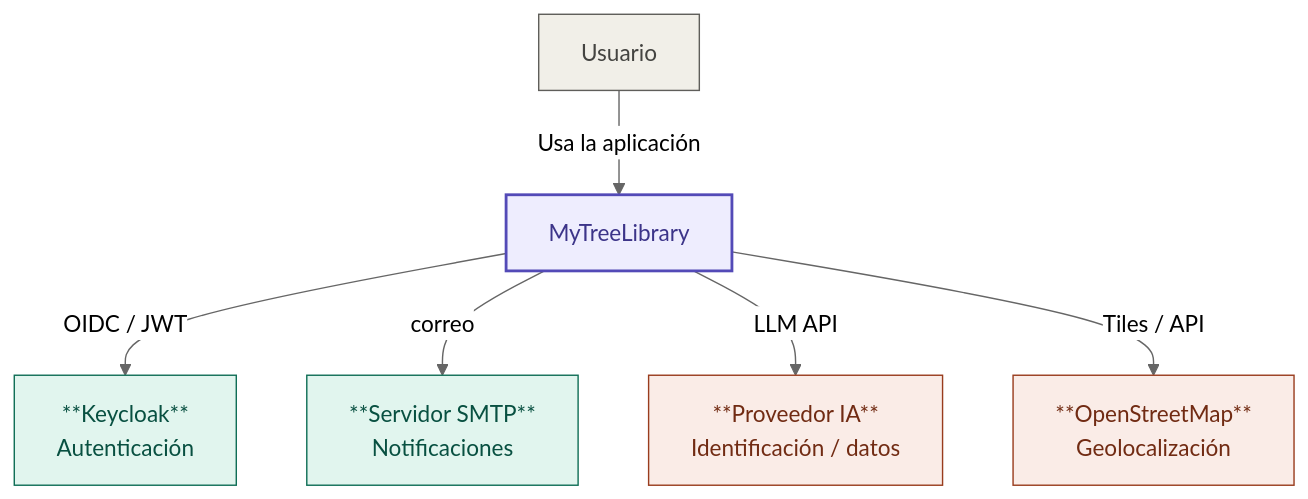
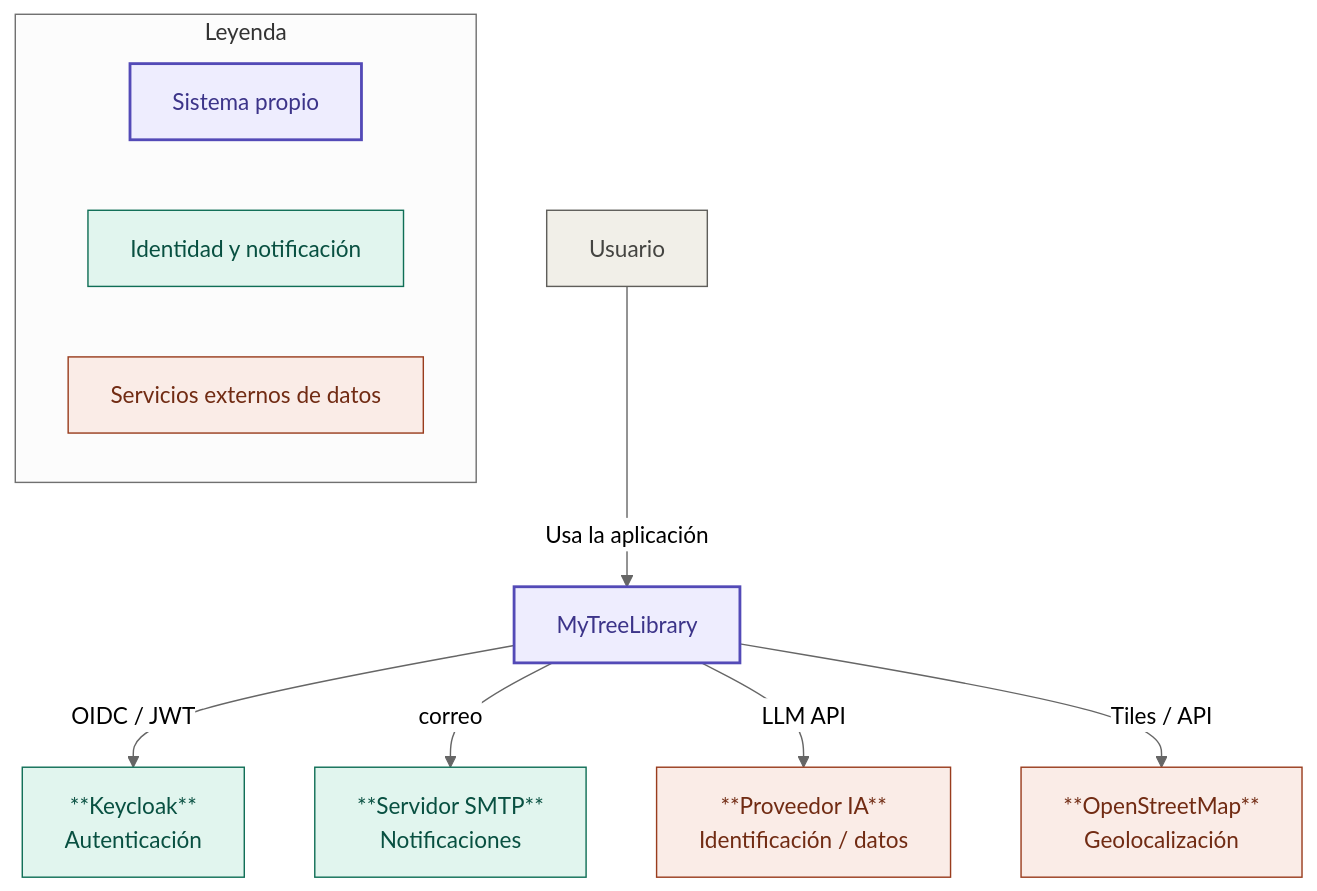
Before and after one commit to LIDR-academy/AI4Devs-finalproject: the first of 18 diagrams in readme.md, drawn with Mermaid (neutral theme). The commit also changed other lines of this file, not shown here.

Commit message:
Actualización estilos diagrama C1

````diff
--- a/readme.md
+++ b/readme.md
@@ -79,26 +79,36 @@
 ```mermaid
 flowchart TB
   U[Usuario]
   S[MyTreeLibrary]
   KC["**Keycloak**<br/>Autenticación"]
   SMTP["**Servidor SMTP**<br/>Notificaciones"]
   PIA["**Proveedor IA**<br/>Identificación / datos"]
   MAP["**OpenStreetMap**<br/>Geolocalización"] 
   U -->|Usa la aplicación| S
   S -->|OIDC / JWT| KC
   S -->|correo| SMTP
   S -->|LLM API| PIA
   S -->|Tiles / API| MAP
 
+  subgraph Leyenda
+    direction LR
+    L1["Sistema propio"]
+    L2["Identidad y notificación"]
+    L3["Servicios externos de datos"]
+  end
   
   classDef sistema fill:#EEEDFE,stroke:#534AB7,stroke-width:2px,color:#3C3489
   classDef soporte fill:#E1F5EE,stroke:#0F6E56,stroke-width:1px,color:#085041
   classDef externo fill:#FAECE7,stroke:#993C1D,stroke-width:1px,color:#712B13
   classDef usuario fill:#F1EFE8,stroke:#5F5E5A,stroke-width:1px,color:#444441
 
   class S sistema
   class KC,SMTP soporte
   class PIA,MAP externo
   class U usuario
 
+  class L1 sistema
+  class L2 soporte
+  class L3 externo
+  
 ```
````
